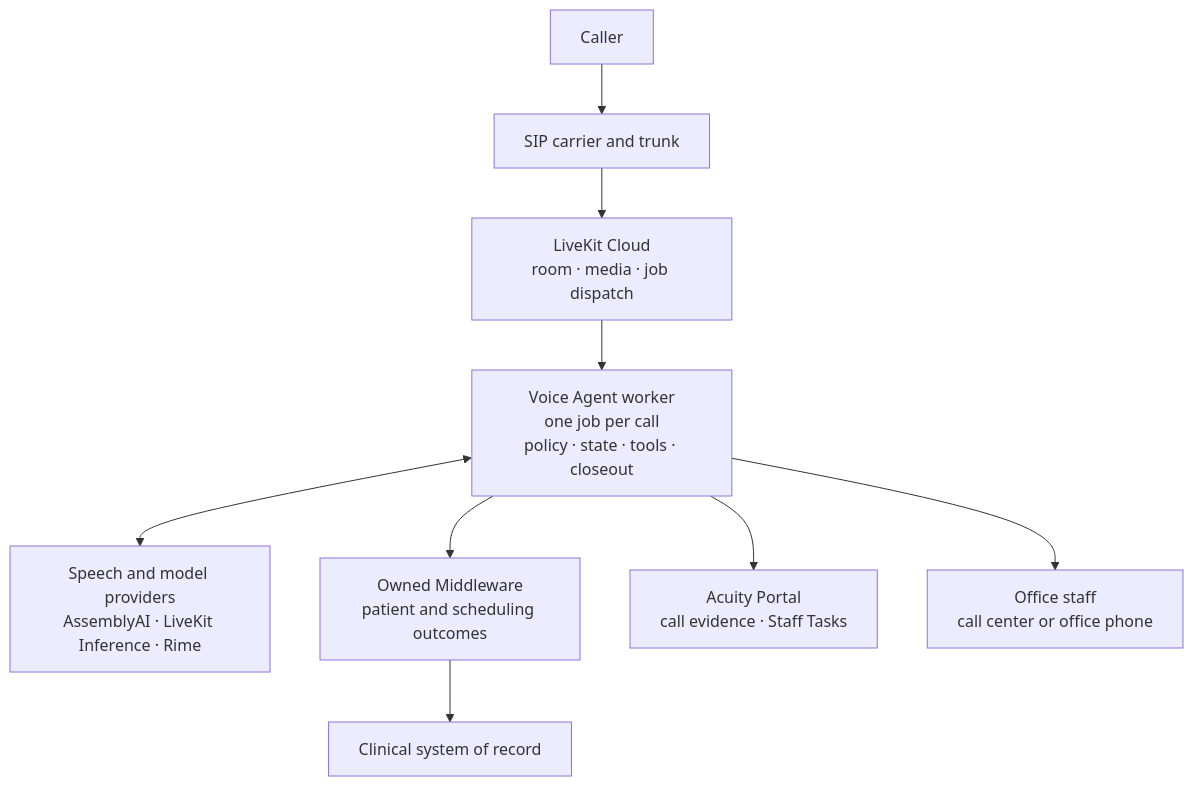
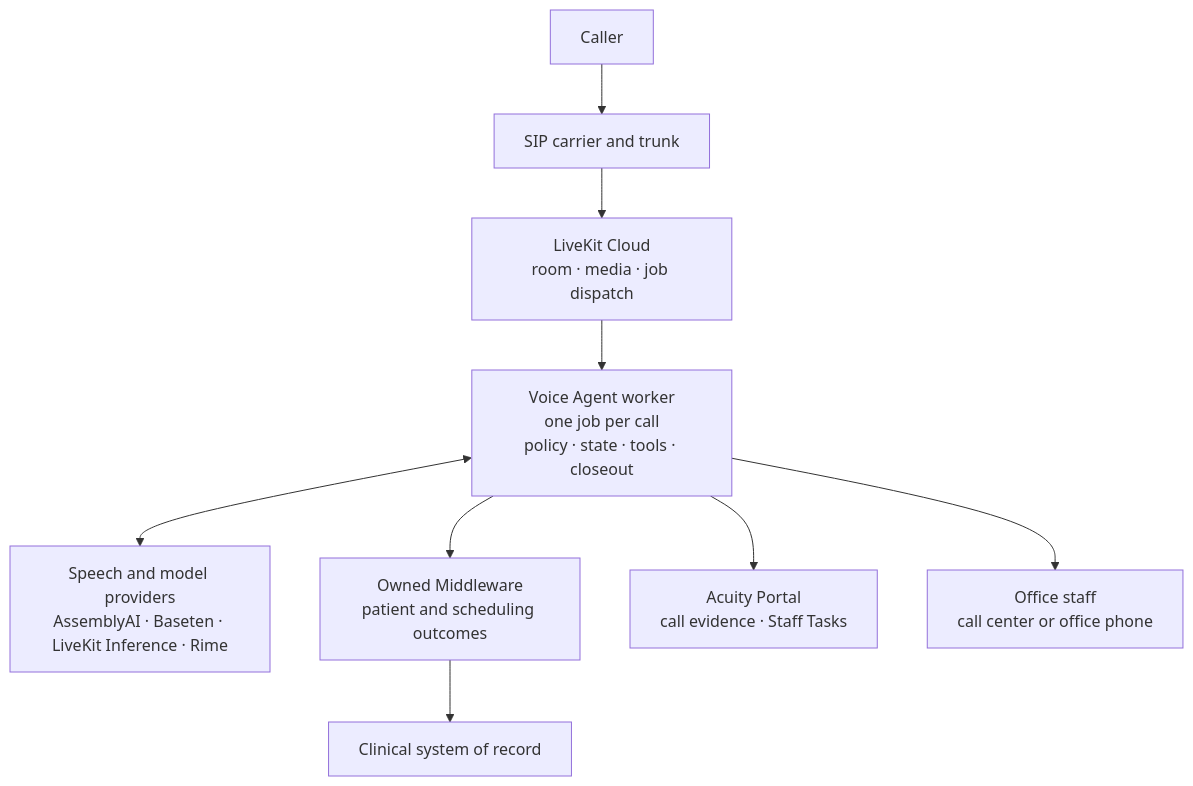
Before and after one commit to chasef07/abita_agent: the first of 8 diagrams in README.md, drawn with Mermaid. The commit also changed other lines of this file and 8 other files, not shown here.

````diff
--- a/README.md
+++ b/README.md
@@ -25,18 +25,18 @@
 ```mermaid
 flowchart TD
     caller["Caller"]
     carrier["SIP carrier and trunk"]
     livekit["LiveKit Cloud<br/>room · media · job dispatch"]
     worker["Voice Agent worker<br/>one job per call<br/>policy · state · tools · closeout"]
-    speech["Speech and model providers<br/>AssemblyAI · LiveKit Inference · Rime"]
+    speech["Speech and model providers<br/>AssemblyAI · Baseten · LiveKit Inference · Rime"]
     middleware["Owned Middleware<br/>patient and scheduling outcomes"]
     records["Clinical system of record"]
     portal["Acuity Portal<br/>call evidence · Staff Tasks"]
     humans["Office staff<br/>call center or office phone"]
 
     caller --> carrier --> livekit --> worker
     worker <--> speech
     worker --> middleware --> records
     worker --> portal
     worker --> humans
 ```
````
